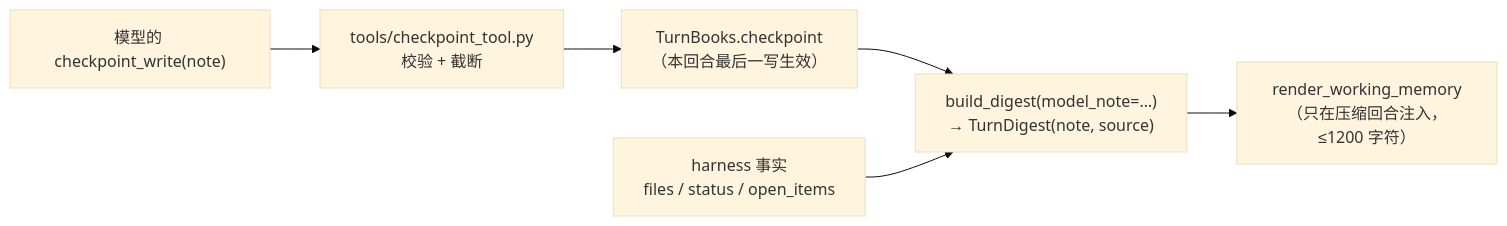
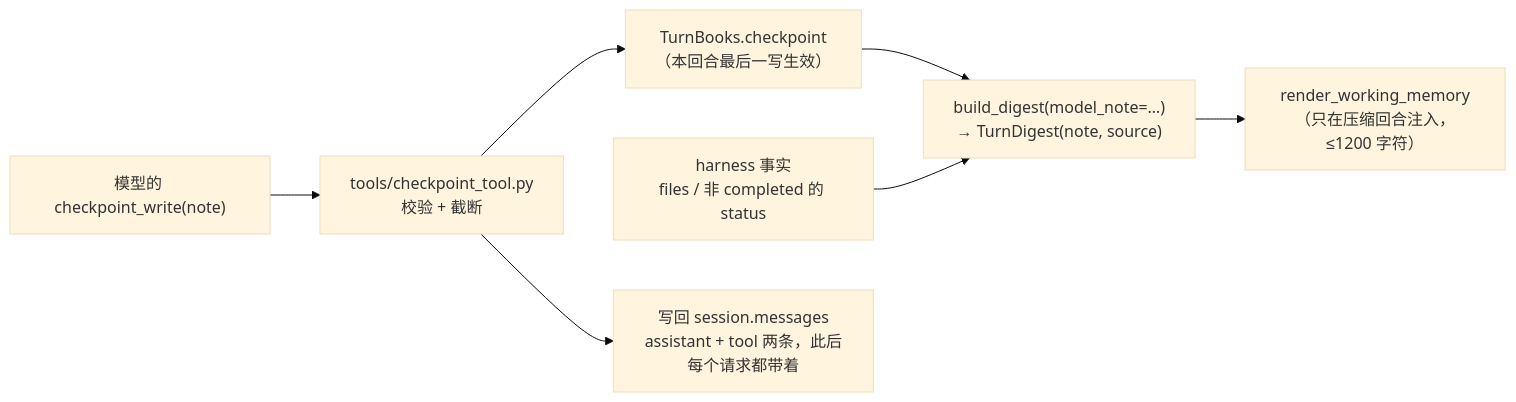
Before and after one commit to linsir2/ai-coding: the first of 3 diagrams in docs/r8-analysis.md, drawn with Mermaid (base theme). The commit also changed other lines of this file, not shown here.

````diff
--- a/docs/r8-analysis.md
+++ b/docs/r8-analysis.md
@@ -183,10 +227,11 @@
 ```mermaid
 flowchart LR
     M["模型的 checkpoint_write(note)"]
     T["tools/checkpoint_tool.py<br/>校验 + 截断"]
     B["TurnBooks.checkpoint<br/>（本回合最后一写生效）"]
     D["build_digest(model_note=…)<br/>→ TurnDigest(note, source)"]
     R["render_working_memory<br/>（只在压缩回合注入，≤1200 字符）"]
     M --> T --> B --> D --> R
-    H["harness 事实<br/>files / status / open_items"] --> D
+    H["harness 事实<br/>files / 非 completed 的 status"] --> D
+    T --> W["写回 session.messages<br/>assistant + tool 两条，此后每个请求都带着"]
 ```
````
